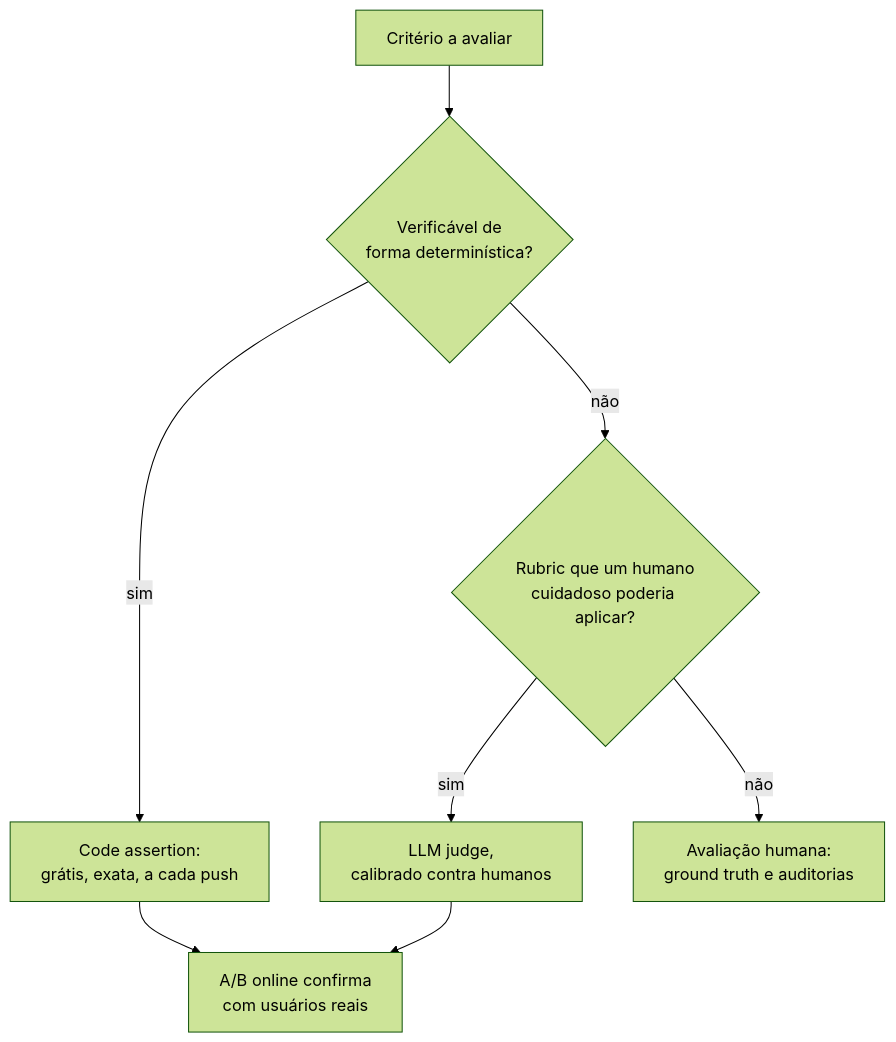
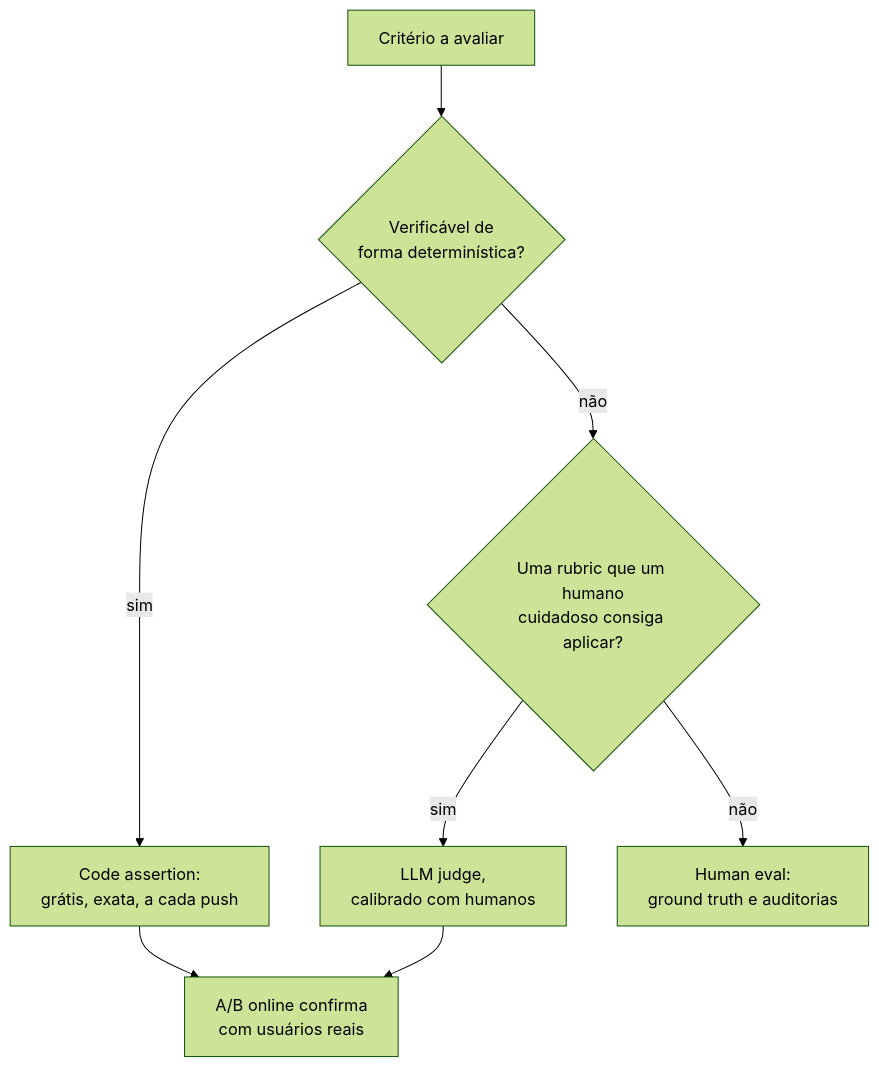
Before and after one commit to andrevberaldo/AI-Engineer-Interview-Questions: the second of 28 diagrams in 07-evaluation-and-observability/questions.pt-BR.md, drawn with Mermaid (forest theme). The commit also changed other lines of this file and 1 other file, not shown here.

````diff
--- a/07-evaluation-and-observability/questions.pt-BR.md
+++ b/07-evaluation-and-observability/questions.pt-BR.md
@@ -61,10 +61,10 @@
 ```mermaid
 flowchart TD
     Q["Critério a avaliar"] --> D1{"Verificável de<br/>forma determinística?"}
     D1 -->|"sim"| A["Code assertion:<br/>grátis, exata, a cada push"]
-    D1 -->|"não"| D2{"Rubric que um humano<br/>cuidadoso poderia aplicar?"}
-    D2 -->|"sim"| J["LLM judge,<br/>calibrado contra humanos"]
-    D2 -->|"não"| H["Avaliação humana:<br/>ground truth e auditorias"]
+    D1 -->|"não"| D2{"Uma rubric que um humano<br/>cuidadoso consiga aplicar?"}
+    D2 -->|"sim"| J["LLM judge,<br/>calibrado com humanos"]
+    D2 -->|"não"| H["Human eval:<br/>ground truth e auditorias"]
     A --> ON["A/B online confirma<br/>com usuários reais"]
     J --> ON
 ```
````
